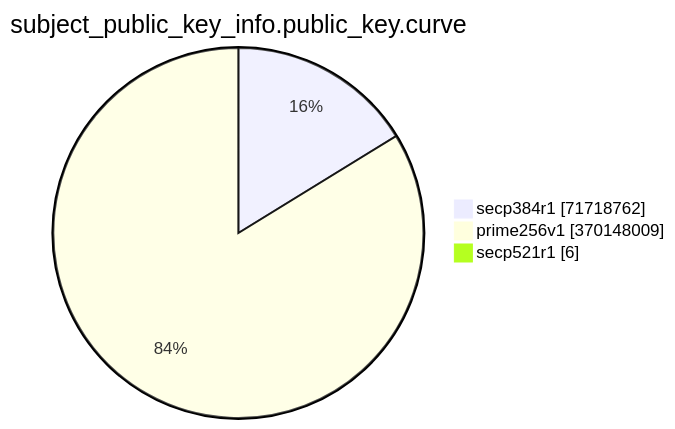
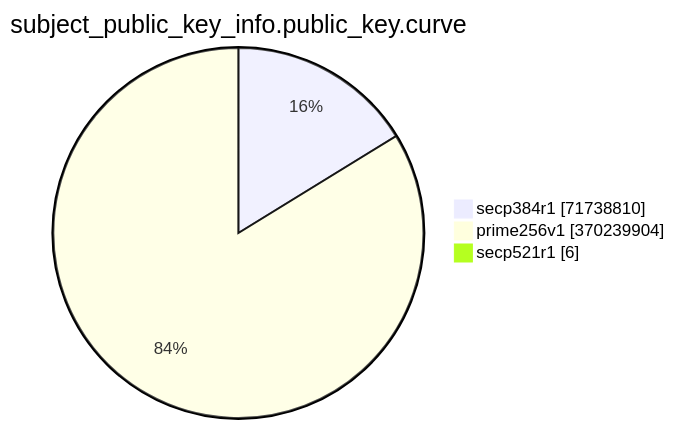
The eighth of 15 diagrams in TOTAL/README.md (christiankrug/ctmonitor_visualization), drawn with Mermaid before and after one commit. The commit also changed other lines of this file, not shown here.

````diff
--- a/TOTAL/README.md
+++ b/TOTAL/README.md
@@ -3092,7 +3092,7 @@
 ```mermaid
 pie showData
 title subject_public_key_info.public_key.curve
-"secp384r1" :71718762
-"prime256v1" :370148009
+"secp384r1" :71738810
+"prime256v1" :370239904
 "secp521r1" :6
 ```
````
